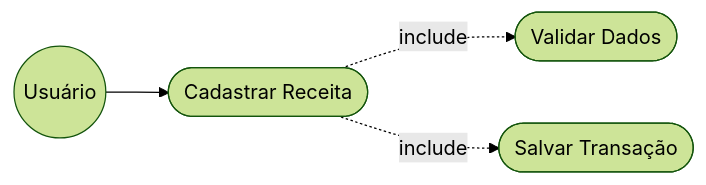
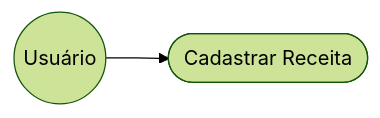
Before and after one commit to NEXA-project-br/NEXA: the first of 7 diagrams in relacionamento/dcu.md, drawn with Mermaid (forest theme). The commit also changed other lines of this file, not shown here.

Commit message:
Refactor mermaid diagrams for user interactions

````diff
--- a/relacionamento/dcu.md
+++ b/relacionamento/dcu.md
@@ -11,11 +11,7 @@
 ```mermaid
 graph LR
   U((Usuário))
   RF01([Cadastrar Receita])
-  A1([Validar Dados])
-  A2([Salvar Transação])
 
   U --> RF01
-  RF01 -.->|include| A1
-  RF01 -.->|include| A2
 ```
````
